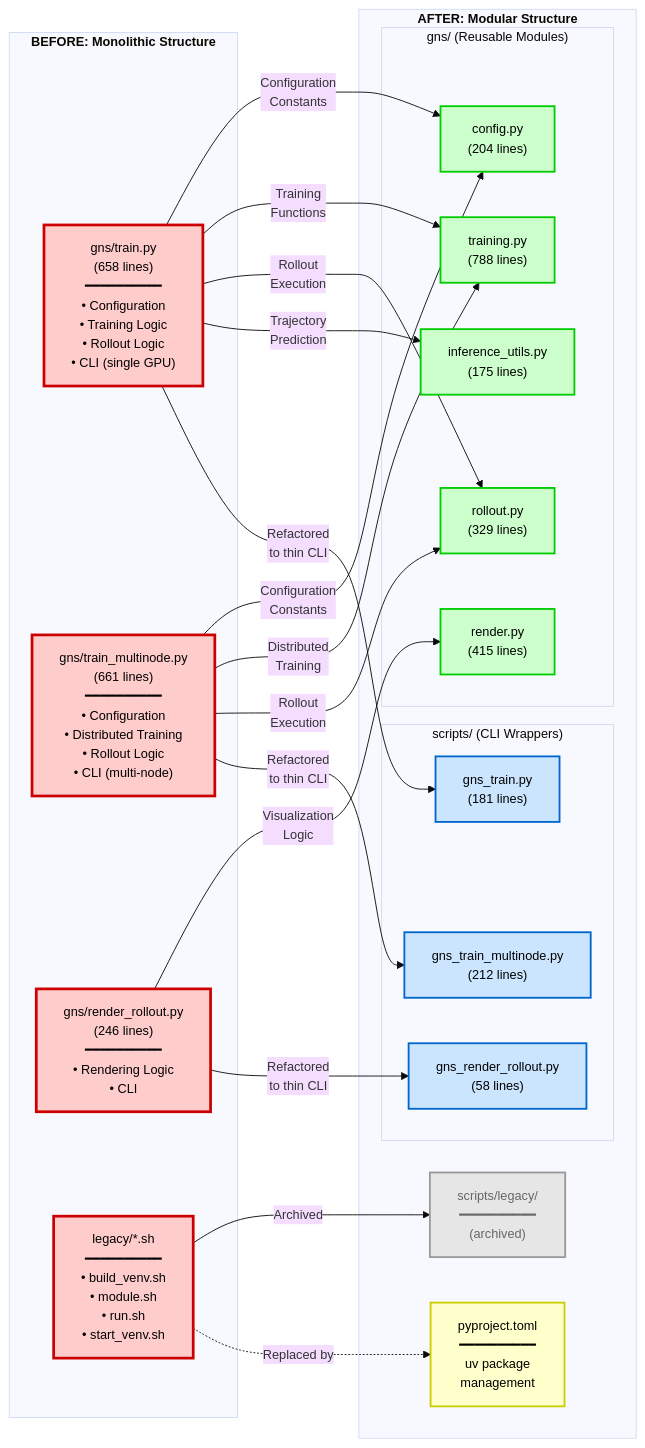
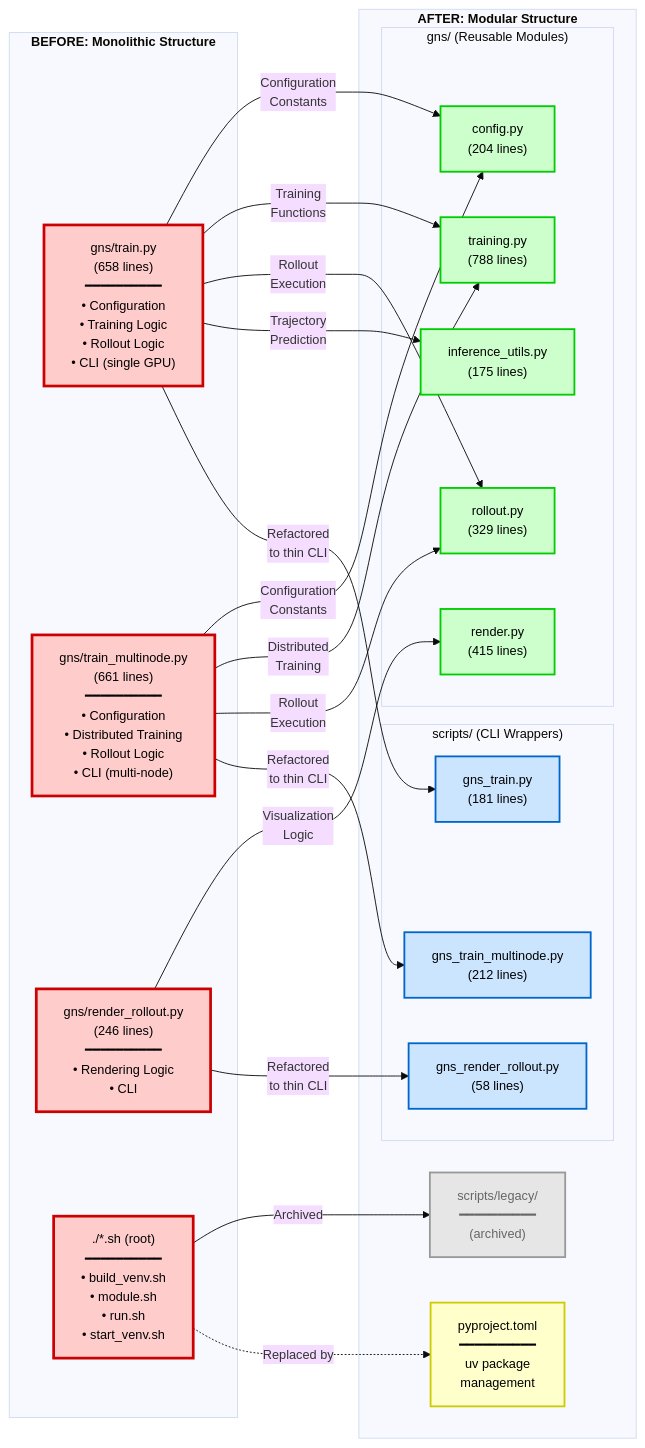
The diagram in docs/refactor/refactoring-results.ja.md (nakamoto-masa/gns), drawn with Mermaid before and after one commit. The commit also changed other lines of this file and 1 other file, not shown here.

Commit message:
Fix incorrect pre-refactoring path for shell scripts in docs
The legacy shell scripts were located at the repository root (./*.sh),
not in a legacy/ directory. Corrected in both Japanese and English versions.

````diff
--- a/docs/refactor/refactoring-results.ja.md
+++ b/docs/refactor/refactoring-results.ja.md
@@ -7,67 +7,67 @@
 ```mermaid
 %%{init: {'theme':'base', 'themeVariables': { 'fontSize':'14px'}}}%%
 graph LR
     subgraph BEFORE["<b>BEFORE: Monolithic Structure</b>"]
         OLD_TRAIN["gns/train.py<br/>(658 lines)<br/>━━━━━━━━━━<br/>• Configuration<br/>• Training Logic<br/>• Rollout Logic<br/>• CLI (single GPU)"]
         OLD_TRAIN_MULTI["gns/train_multinode.py<br/>(661 lines)<br/>━━━━━━━━━━<br/>• Configuration<br/>• Distributed Training<br/>• Rollout Logic<br/>• CLI (multi-node)"]
         OLD_RENDER["gns/render_rollout.py<br/>(246 lines)<br/>━━━━━━━━━━<br/>• Rendering Logic<br/>• CLI"]
-        OLD_LEGACY["legacy/*.sh<br/>━━━━━━━━━━<br/>• build_venv.sh<br/>• module.sh<br/>• run.sh<br/>• start_venv.sh"]
+        OLD_LEGACY["./*.sh (root)<br/>━━━━━━━━━━<br/>• build_venv.sh<br/>• module.sh<br/>• run.sh<br/>• start_venv.sh"]
     end
 
     subgraph AFTER["<b>AFTER: Modular Structure</b>"]
         subgraph GNS["gns/ (Reusable Modules)"]
             NEW_CONFIG["config.py<br/>(204 lines)"]
             NEW_TRAINING["training.py<br/>(788 lines)"]
             NEW_ROLLOUT["rollout.py<br/>(329 lines)"]
             NEW_INFERENCE["inference_utils.py<br/>(175 lines)"]
             NEW_RENDER["render.py<br/>(415 lines)"]
         end
 
         subgraph SCRIPTS["scripts/ (CLI Wrappers)"]
             NEW_TRAIN_CLI["gns_train.py<br/>(181 lines)"]
             NEW_TRAIN_MULTI["gns_train_multinode.py<br/>(212 lines)"]
             NEW_RENDER_CLI["gns_render_rollout.py<br/>(58 lines)"]
         end
 
         NEW_PYPROJECT["pyproject.toml<br/>━━━━━━━━━━<br/>uv package<br/>management"]
         NEW_ARCHIVED["scripts/legacy/<br/>━━━━━━━━━━<br/>(archived)"]
     end
 
     %% Configuration (from both train scripts)
     OLD_TRAIN -->|"Configuration<br/>Constants"| NEW_CONFIG
     OLD_TRAIN_MULTI -->|"Configuration<br/>Constants"| NEW_CONFIG
 
     %% Training Logic
     OLD_TRAIN -->|"Training<br/>Functions"| NEW_TRAINING
     OLD_TRAIN_MULTI -->|"Distributed<br/>Training"| NEW_TRAINING
 
     %% Rollout/Inference
     OLD_TRAIN -->|"Rollout<br/>Execution"| NEW_ROLLOUT
     OLD_TRAIN -->|"Trajectory<br/>Prediction"| NEW_INFERENCE
     OLD_TRAIN_MULTI -->|"Rollout<br/>Execution"| NEW_ROLLOUT
 
     %% Rendering
     OLD_RENDER -->|"Visualization<br/>Logic"| NEW_RENDER
 
     %% CLI Wrappers
     OLD_TRAIN -->|"Refactored<br/>to thin CLI"| NEW_TRAIN_CLI
     OLD_TRAIN_MULTI -->|"Refactored<br/>to thin CLI"| NEW_TRAIN_MULTI
     OLD_RENDER -->|"Refactored<br/>to thin CLI"| NEW_RENDER_CLI
 
     %% Environment
     OLD_LEGACY -->|"Archived"| NEW_ARCHIVED
     OLD_LEGACY -.->|"Replaced by"| NEW_PYPROJECT
 
     %% Styling
     classDef oldStyle fill:#ffcccc,stroke:#cc0000,stroke-width:3px,color:#000
     classDef newModuleStyle fill:#ccffcc,stroke:#00cc00,stroke-width:2px,color:#000
     classDef newCLIStyle fill:#cce5ff,stroke:#0066cc,stroke-width:2px,color:#000
     classDef newConfigStyle fill:#ffffcc,stroke:#cccc00,stroke-width:2px,color:#000
     classDef archivedStyle fill:#e6e6e6,stroke:#999999,stroke-width:2px,color:#666
 
     class OLD_TRAIN,OLD_TRAIN_MULTI,OLD_RENDER,OLD_LEGACY oldStyle
     class NEW_CONFIG,NEW_TRAINING,NEW_ROLLOUT,NEW_INFERENCE,NEW_RENDER newModuleStyle
     class NEW_TRAIN_CLI,NEW_TRAIN_MULTI,NEW_RENDER_CLI newCLIStyle
     class NEW_PYPROJECT newConfigStyle
     class NEW_ARCHIVED archivedStyle
 ```
````
